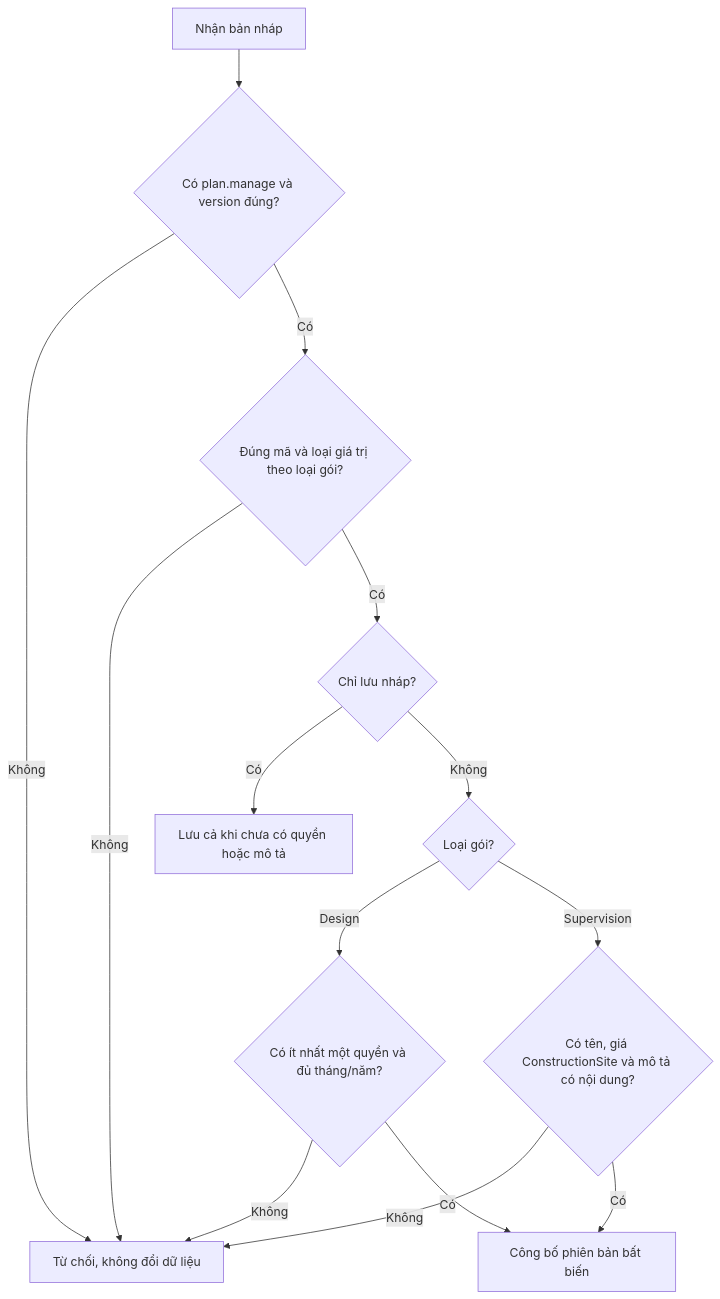
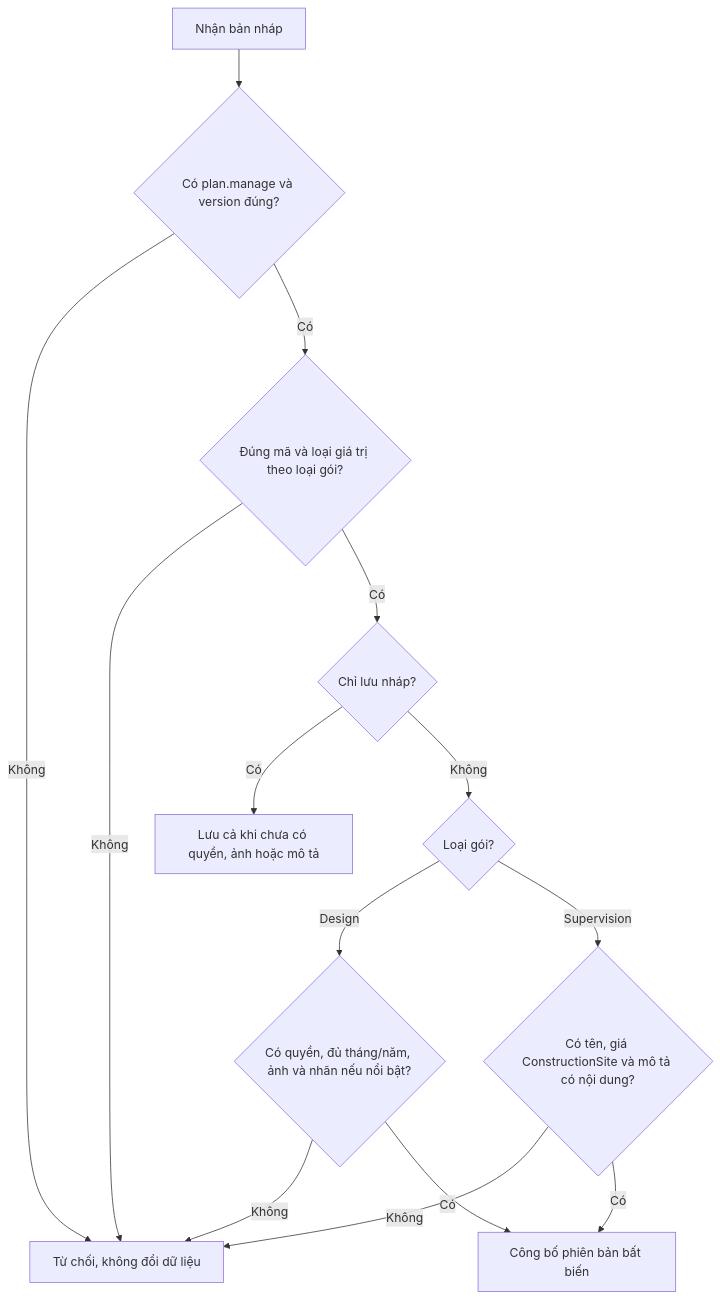
One commit to TaskCoper/bmt-documentation changed the third of 5 diagrams in tdd/TDD-SUB-001.md. Above: the diagram before and after it, drawn with Mermaid. The commit also changed other lines of this file and 37 other files, not shown here.

````diff
--- a/tdd/TDD-SUB-001.md
+++ b/tdd/TDD-SUB-001.md
@@ -228,16 +243,16 @@
 ```mermaid
 flowchart TD
     A[Nhận bản nháp] --> B{Có plan.manage và version đúng?}
     B -->|Không| X[Từ chối, không đổi dữ liệu]
     B -->|Có| C{Đúng mã và loại giá trị theo loại gói?}
     C -->|Không| X
     C -->|Có| D{Chỉ lưu nháp?}
-    D -->|Có| E[Lưu cả khi chưa có quyền hoặc mô tả]
+    D -->|Có| E[Lưu cả khi chưa có quyền, ảnh hoặc mô tả]
     D -->|Không| K{Loại gói?}
-    K -->|Design| F{Có ít nhất một quyền và đủ tháng/năm?}
+    K -->|Design| F{Có quyền, đủ tháng/năm, ảnh và nhãn nếu nổi bật?}
     K -->|Supervision| S{Có tên, giá ConstructionSite và mô tả có nội dung?}
     F -->|Không| X
     S -->|Không| X
     F -->|Có| G[Công bố phiên bản bất biến]
     S -->|Có| G
 ```
````
